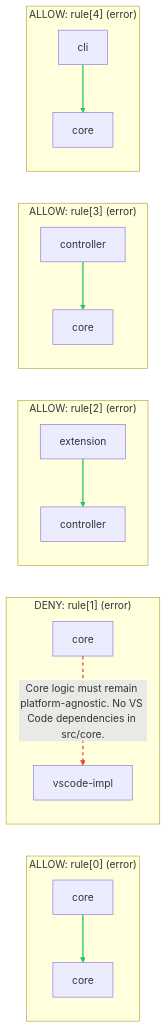
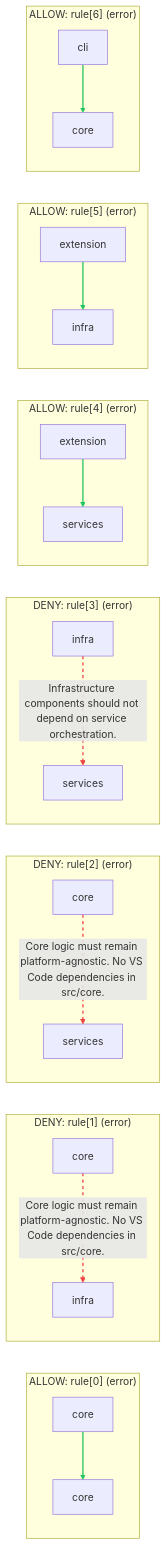
Before and after one commit to DanielSerio/pickety: the diagram in picket-boundaries.mermaid, drawn with Mermaid. The commit also changed 37 other files, not shown here.

```diff
--- a/picket-boundaries.mermaid
+++ b/picket-boundaries.mermaid
@@ -1,46 +1,58 @@
 graph LR
 
   %% Module definitions
   %% core: src/core/*
-  %% extension: src/extension.ts
-  %% controller: src/controller.ts
-  %% cli: src/cli.ts
-  %% vscode-impl: src/{statusBar,diagnostics,navigation,codeActions,healthPanel,impactCodeLens,diagnosticManager,telemetry}.ts
+  %% extension: src/{extension,commandRegistry}.ts
+  %% infra: src/{documentValidator,statusBar,diagnostics,navigation,codeActions,healthPanel,impactCodeLens,diagnosticManager,telemetry}.ts
   %% shared: src/{utils,types}.ts
   %% commands: src/commands/*.ts
 
   subgraph rule_0 ["ALLOW: rule#lsqb;0#rsqb; (error)"]
     r0_from["core"]
     r0_to["core"]
     r0_from --> r0_to
   end
 
   subgraph rule_1 ["DENY: rule#lsqb;1#rsqb; (error)"]
     r1_from["core"]
-    r1_to["vscode-impl"]
+    r1_to["infra"]
     r1_from -.-> |"Core logic must remain platform-agnostic. No VS Code dependencies in src/core."| r1_to
   end
 
-  subgraph rule_2 ["ALLOW: rule#lsqb;2#rsqb; (error)"]
-    r2_from["extension"]
-    r2_to["controller"]
-    r2_from --> r2_to
+  subgraph rule_2 ["DENY: rule#lsqb;2#rsqb; (error)"]
+    r2_from["core"]
+    r2_to["services"]
+    r2_from -.-> |"Core logic must remain platform-agnostic. No VS Code dependencies in src/core."| r2_to
   end
 
-  subgraph rule_3 ["ALLOW: rule#lsqb;3#rsqb; (error)"]
-    r3_from["controller"]
-    r3_to["core"]
-    r3_from --> r3_to
+  subgraph rule_3 ["DENY: rule#lsqb;3#rsqb; (error)"]
+    r3_from["infra"]
+    r3_to["services"]
+    r3_from -.-> |"Infrastructure components should not depend on service orchestration."| r3_to
   end
 
   subgraph rule_4 ["ALLOW: rule#lsqb;4#rsqb; (error)"]
-    r4_from["cli"]
-    r4_to["core"]
+    r4_from["extension"]
+    r4_to["services"]
     r4_from --> r4_to
+  end
+
+  subgraph rule_5 ["ALLOW: rule#lsqb;5#rsqb; (error)"]
+    r5_from["extension"]
+    r5_to["infra"]
+    r5_from --> r5_to
+  end
+
+  subgraph rule_6 ["ALLOW: rule#lsqb;6#rsqb; (error)"]
+    r6_from["cli"]
+    r6_to["core"]
+    r6_from --> r6_to
   end
 
   linkStyle 0 stroke:#22c55e,stroke-width:2px
   linkStyle 1 stroke:#ef4444,stroke-width:2px,stroke-dasharray:5
-  linkStyle 2 stroke:#22c55e,stroke-width:2px
-  linkStyle 3 stroke:#22c55e,stroke-width:2px
+  linkStyle 2 stroke:#ef4444,stroke-width:2px,stroke-dasharray:5
+  linkStyle 3 stroke:#ef4444,stroke-width:2px,stroke-dasharray:5
   linkStyle 4 stroke:#22c55e,stroke-width:2px
+  linkStyle 5 stroke:#22c55e,stroke-width:2px
+  linkStyle 6 stroke:#22c55e,stroke-width:2px
```
